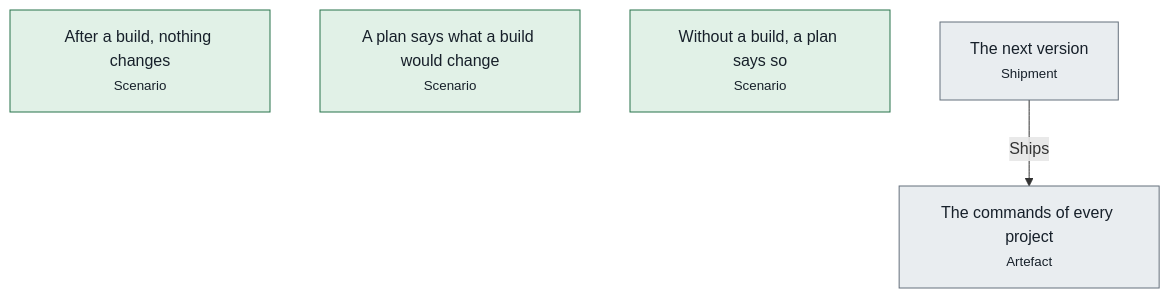
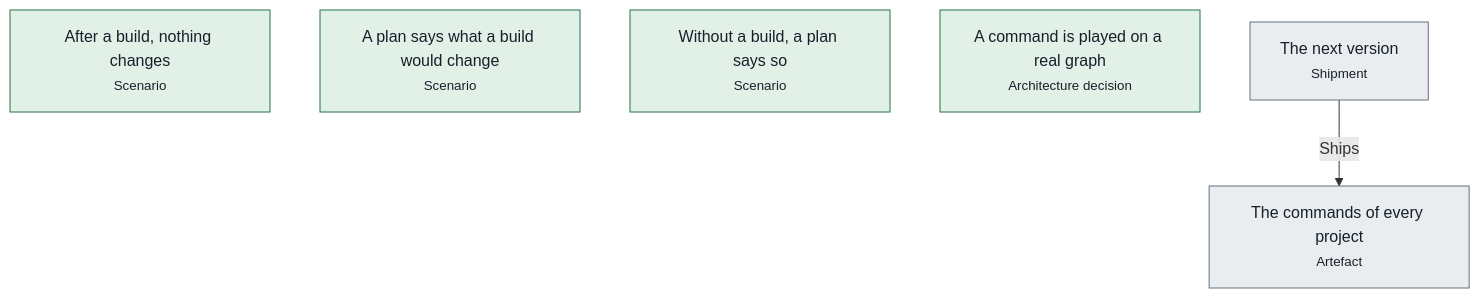
Before and after one commit to advancedcognitivesystems-ai/trame: the first of 2 diagrams in libs/commands/docs/pipelines.md, drawn with Mermaid. The commit also changed other lines of this file and 441 other files, not shown here.

First line of the commit message:
Every choice backed by an architecture decision; one comparison of builds

````diff
--- a/libs/commands/docs/pipelines.md
+++ b/libs/commands/docs/pipelines.md
@@ -15,14 +15,15 @@
 ```mermaid
 flowchart TB
   n0["The commands of every project<br/><small>Artefact</small>"]:::unknown
   n1["After a build, nothing changes<br/><small>Scenario</small>"]:::held
   n2["A plan says what a build would change<br/><small>Scenario</small>"]:::held
   n3["Without a build, a plan says so<br/><small>Scenario</small>"]:::held
-  n4["The next version<br/><small>Shipment</small>"]:::unknown
-  n4 -->|Ships| n0
+  n4["A command is played on a real graph<br/><small>Architecture decision</small>"]:::held
+  n5["The next version<br/><small>Shipment</small>"]:::unknown
+  n5 -->|Ships| n0
   classDef held fill:#e1f1e7,stroke:#26734a,color:#17202a
   classDef blocked fill:#fbf0d9,stroke:#9a6200,color:#17202a
   classDef violated fill:#f9e3e1,stroke:#ad2a22,color:#17202a
   classDef unknown fill:#e9edf0,stroke:#65707c,color:#17202a
   classDef neutral fill:#ffffff,stroke:#5a6672,color:#17202a
 ```
````
